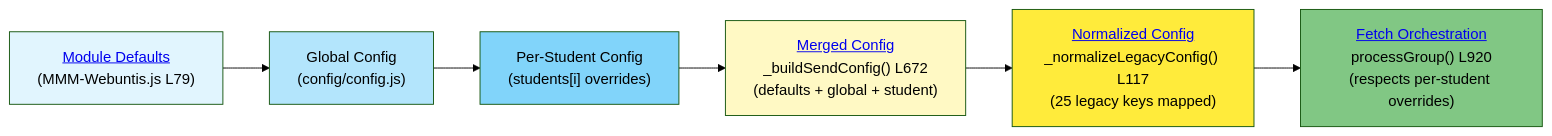
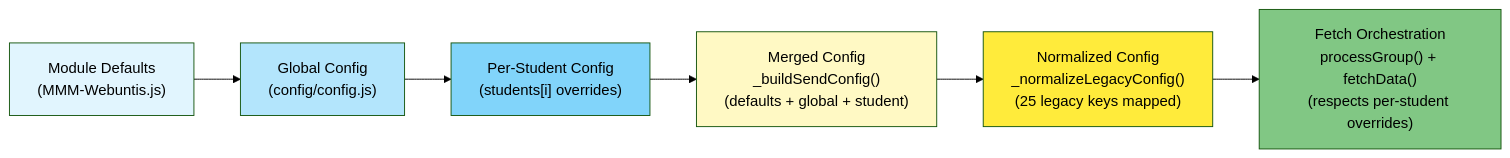
Before and after one commit to HeikoGr/MMM-Webuntis: the eighth of 13 diagrams in docs/ARCHITECTURE.md, drawn with Mermaid (forest theme). The commit also changed other lines of this file and 41 other files, not shown here.

````diff
--- a/docs/ARCHITECTURE.md
+++ b/docs/ARCHITECTURE.md
@@ -720,16 +716,16 @@
 ```mermaid
 graph LR
-    Defaults["<a href='../MMM-Webuntis.js#L79'>Module Defaults</a><br/>(MMM-Webuntis.js L79)"]:::defaults
+    Defaults["Module Defaults<br/>(MMM-Webuntis.js)"]:::defaults
     --> GlobalConf["Global Config<br/>(config/config.js)"]:::global
     --> StudentConf["Per-Student Config<br/>(students[i] overrides)"]:::student
-    --> Merged["<a href='../MMM-Webuntis.js#L672'>Merged Config</a><br/>_buildSendConfig() L672<br/>(defaults + global + student)"]:::merged
-    --> Normalized["<a href='../node_helper.js#L117'>Normalized Config</a><br/>_normalizeLegacyConfig() L117<br/>(25 legacy keys mapped)"]:::normalized
-    --> FetchLogic["<a href='../node_helper.js#L920'>Fetch Orchestration</a><br/>processGroup() L920<br/>(respects per-student overrides)"]:::fetch
+    --> Merged["Merged Config<br/>_buildSendConfig()<br/>(defaults + global + student)"]:::merged
+    --> Normalized["Normalized Config<br/>_normalizeLegacyConfig()<br/>(25 legacy keys mapped)"]:::normalized
+    --> FetchLogic["Fetch Orchestration<br/>processGroup() + fetchData()<br/>(respects per-student overrides)"]:::fetch
 
     classDef defaults fill:#e1f5fe
     classDef global fill:#b3e5fc
     classDef student fill:#81d4fa
     classDef merged fill:#fff9c4
     classDef normalized fill:#ffeb3b
     classDef fetch fill:#81c784
 ```
````
